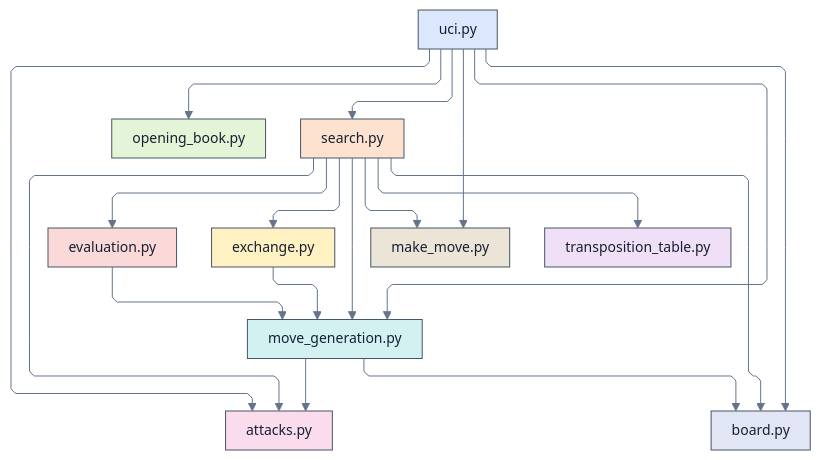
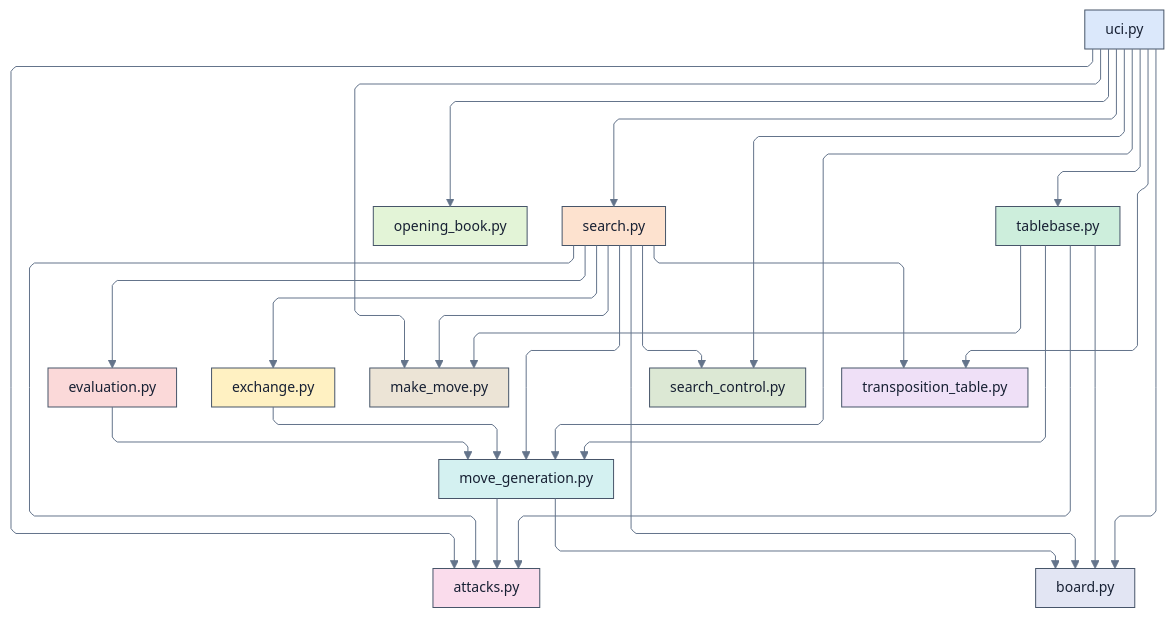
The diagram in docs/engines/Remus5/mermaid/modules.mmd (dbiersach/remus), drawn with Mermaid before and after one commit. The commit also changed 126 other files, not shown here.

```diff
--- a/docs/engines/Remus5/mermaid/modules.mmd
+++ b/docs/engines/Remus5/mermaid/modules.mmd
@@ -1,57 +1,68 @@
 ---
 config:
   layout: elk
   theme: base
   htmlLabels: false
   themeVariables:
     fontFamily: Arial
     fontSize: 14px
     lineColor: "#64748b"
     primaryTextColor: "#172033"
   flowchart:
     htmlLabels: false
     curve: linear
     wrappingWidth: 320
     nodeSpacing: 24
     rankSpacing: 45
     padding: 10
 ---
 flowchart TB
     n0["attacks.py"]:::m8
     n1["board.py"]:::m9
     n2["evaluation.py"]:::m5
     n3["exchange.py"]:::m4
     n4["make_move.py"]:::m7
     n5["move_generation.py"]:::m6
     n6["opening_book.py"]:::m2
     n7["search.py"]:::m1
-    n8["transposition_table.py"]:::m3
-    n9["uci.py"]:::m0
+    n8["search_control.py"]:::m11
+    n9["tablebase.py"]:::m10
+    n10["transposition_table.py"]:::m3
+    n11["uci.py"]:::m0
     n2 --> n5
     n3 --> n5
     n5 --> n0
     n5 --> n1
     n7 --> n0
     n7 --> n1
     n7 --> n2
     n7 --> n3
     n7 --> n4
     n7 --> n5
     n7 --> n8
+    n7 --> n10
     n9 --> n0
     n9 --> n1
     n9 --> n4
     n9 --> n5
-    n9 --> n6
-    n9 --> n7
+    n11 --> n0
+    n11 --> n1
+    n11 --> n4
+    n11 --> n5
+    n11 --> n6
+    n11 --> n7
+    n11 --> n8
+    n11 --> n9
+    n11 --> n10
     classDef m0 fill:#dbe8fb,stroke:#475569,stroke-width:1px,color:#172033;
     classDef m1 fill:#fde2cf,stroke:#475569,stroke-width:1px,color:#172033;
     classDef m2 fill:#e3f4d7,stroke:#475569,stroke-width:1px,color:#172033;
     classDef m3 fill:#efe0f7,stroke:#475569,stroke-width:1px,color:#172033;
     classDef m4 fill:#fff1c2,stroke:#475569,stroke-width:1px,color:#172033;
     classDef m5 fill:#fbd9d9,stroke:#475569,stroke-width:1px,color:#172033;
     classDef m6 fill:#d4f1f1,stroke:#475569,stroke-width:1px,color:#172033;
     classDef m7 fill:#ece4d6,stroke:#475569,stroke-width:1px,color:#172033;
     classDef m8 fill:#fadcec,stroke:#475569,stroke-width:1px,color:#172033;
     classDef m9 fill:#e2e5f3,stroke:#475569,stroke-width:1px,color:#172033;
     classDef m10 fill:#cdeedc,stroke:#475569,stroke-width:1px,color:#172033;
+    classDef m11 fill:#dce8d4,stroke:#475569,stroke-width:1px,color:#172033;
```
